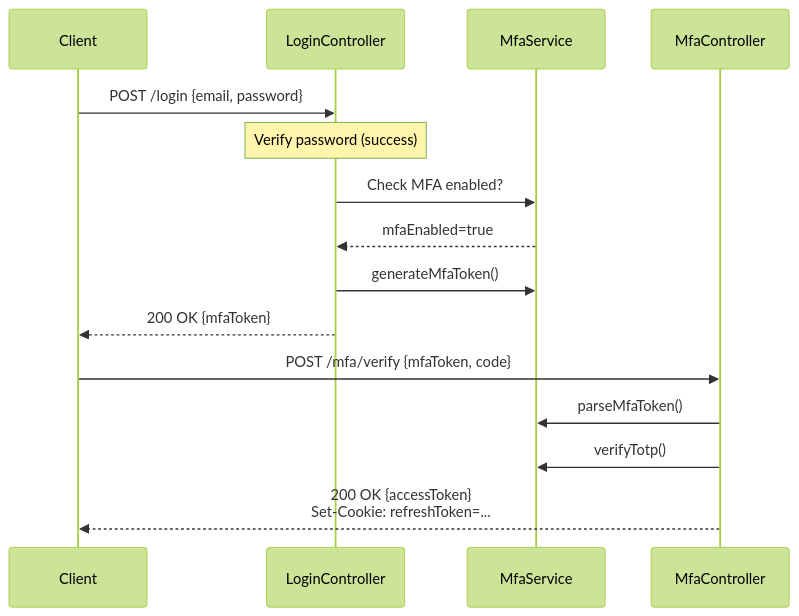
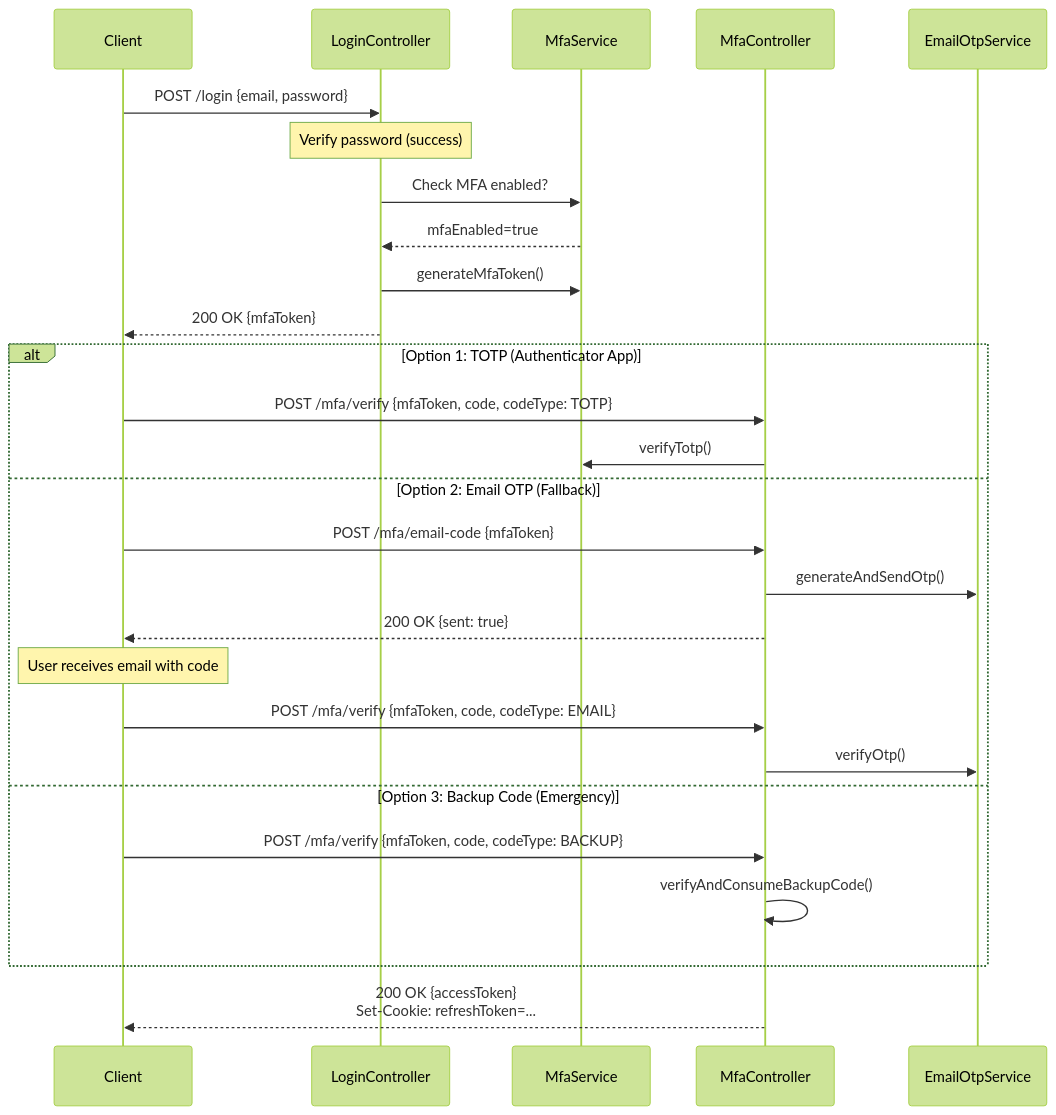
The fourth of 14 diagrams in docs/ARCHITECTURE.md (KNiescior/5GLab-booking-system), drawn with Mermaid (forest theme) before and after one commit. The commit also changed 9 other files, not shown here.

````diff
--- a/docs/ARCHITECTURE.md
+++ b/docs/ARCHITECTURE.md
@@ -81,22 +81,34 @@
 ```mermaid
 sequenceDiagram
     participant Client
     participant LoginController
     participant MfaService
     participant MfaController
+    participant EmailOtpService
 
     Client->>LoginController: POST /login {email, password}
     Note over LoginController: Verify password (success)
     
     LoginController->>MfaService: Check MFA enabled?
     MfaService-->>LoginController: mfaEnabled=true
     
     LoginController->>MfaService: generateMfaToken()
     LoginController-->>Client: 200 OK {mfaToken}
     
-    Client->>MfaController: POST /mfa/verify {mfaToken, code}
-    MfaController->>MfaService: parseMfaToken()
-    MfaController->>MfaService: verifyTotp()
+    alt Option 1: TOTP (Authenticator App)
+        Client->>MfaController: POST /mfa/verify {mfaToken, code, codeType: TOTP}
+        MfaController->>MfaService: verifyTotp()
+    else Option 2: Email OTP (Fallback)
+        Client->>MfaController: POST /mfa/email-code {mfaToken}
+        MfaController->>EmailOtpService: generateAndSendOtp()
+        MfaController-->>Client: 200 OK {sent: true}
+        Note over Client: User receives email with code
+        Client->>MfaController: POST /mfa/verify {mfaToken, code, codeType: EMAIL}
+        MfaController->>EmailOtpService: verifyOtp()
+    else Option 3: Backup Code (Emergency)
+        Client->>MfaController: POST /mfa/verify {mfaToken, code, codeType: BACKUP}
+        MfaController->>MfaController: verifyAndConsumeBackupCode()
+    end
     
     MfaController-->>Client: 200 OK {accessToken}<br/>Set-Cookie: refreshToken=...
 ```
````
